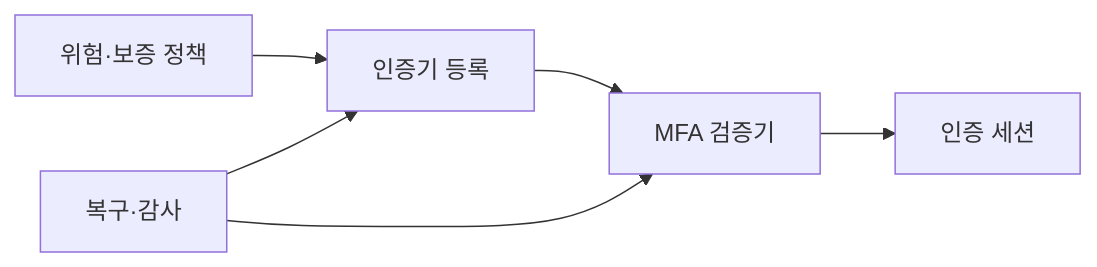
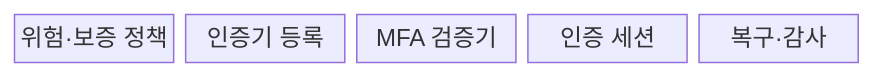
One commit to agnusdei1207/knowledge-base changed the first of 2 diagrams in src/content/docs/notes/05-security/054_mfa.md. Above: the diagram before and after it, drawn with Mermaid. The commit also changed other lines of this file and 11 other files, not shown here.

````diff
--- a/src/content/docs/notes/05-security/054_mfa.md
+++ b/src/content/docs/notes/05-security/054_mfa.md
@@ -61,8 +59,9 @@
 ```mermaid
-flowchart LR
-    A[위험·보증 정책] --> B[인증기 등록]
-    B --> C[MFA 검증기]
-    C --> D[인증 세션]
-    E[복구·감사] --> B
-    E --> C
+block-beta
+  columns 5
+  A["위험·보증 정책"]
+  B["인증기 등록"]
+  C["MFA 검증기"]
+  D["인증 세션"]
+  E["복구·감사"]
 ```
````
